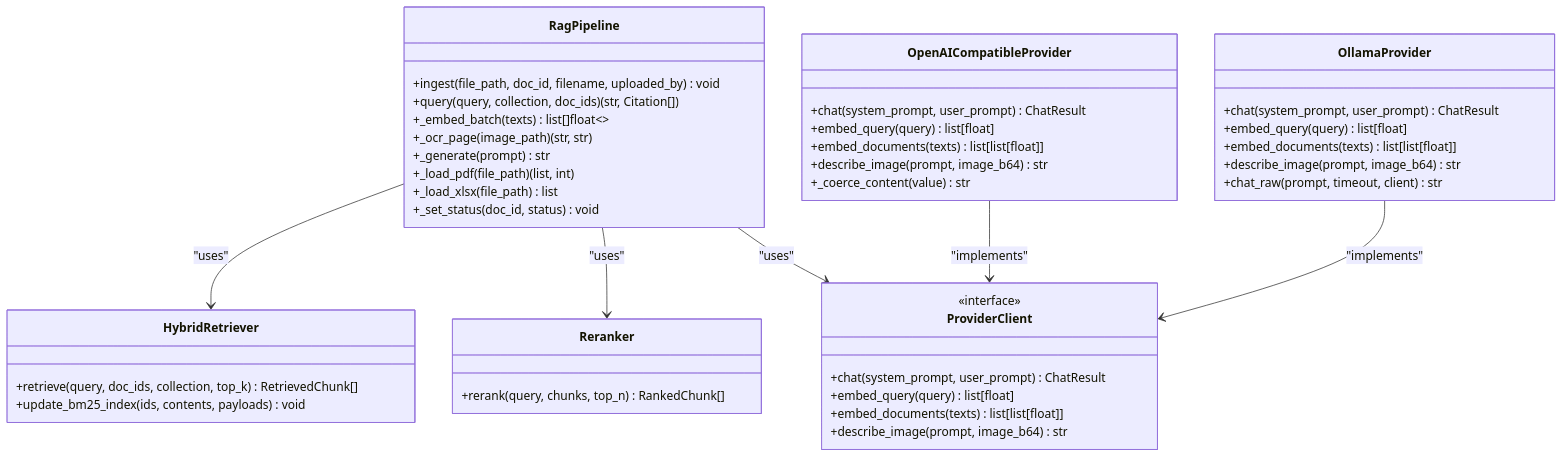
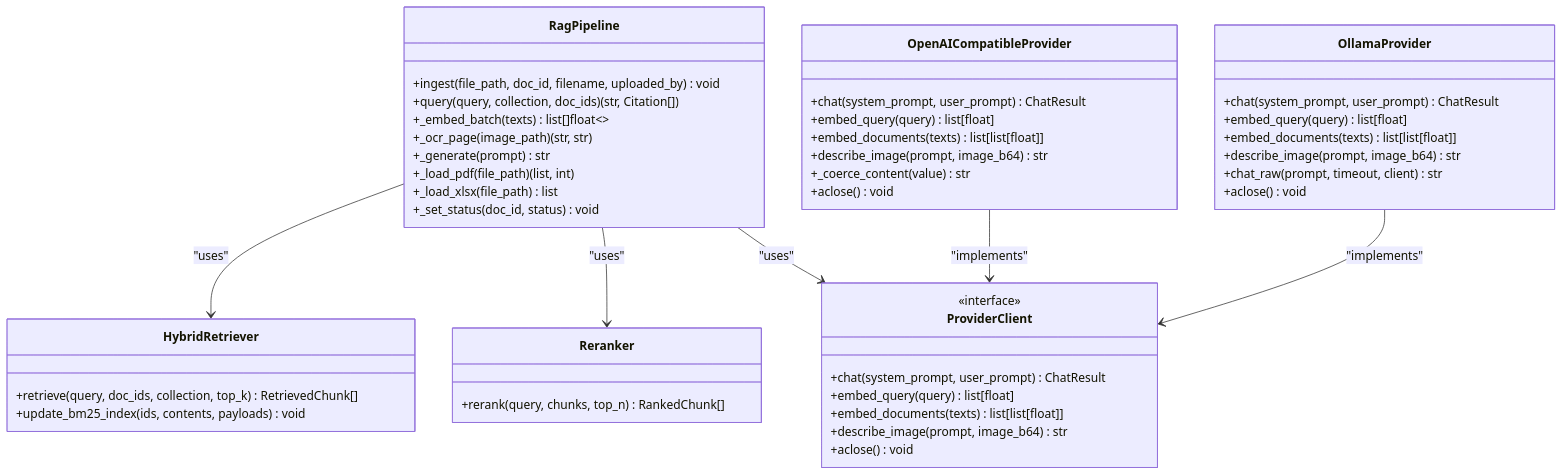
One commit to genes8/private-ai changed the fifth of 14 diagrams in .qoder/repowiki/en/content/Backend Development/Service Layer/Service Layer.md. Above: the diagram before and after it, drawn with Mermaid. The commit also changed other lines of this file and 101 other files, not shown here.

````diff
--- a/.qoder/repowiki/en/content/Backend Development/Service Layer/Service Layer.md
+++ b/.qoder/repowiki/en/content/Backend Development/Service Layer/Service Layer.md
@@ -349,46 +347,49 @@
 ```mermaid
 classDiagram
 class RagPipeline {
 +ingest(file_path, doc_id, filename, uploaded_by) void
 +query(query, collection, doc_ids) (str, Citation[])
 +_embed_batch(texts) list[]float~~
 +_ocr_page(image_path) (str, str)
 +_generate(prompt) str
 +_load_pdf(file_path) (list, int)
 +_load_xlsx(file_path) list
 +_set_status(doc_id, status) void
 }
 class HybridRetriever {
 +retrieve(query, doc_ids, collection, top_k) RetrievedChunk[]
 +update_bm25_index(ids, contents, payloads) void
 }
 class Reranker {
 +rerank(query, chunks, top_n) RankedChunk[]
 }
 class ProviderClient {
 <<interface>>
 +chat(system_prompt, user_prompt) ChatResult
 +embed_query(query) list[float]
 +embed_documents(texts) list[list[float]]
 +describe_image(prompt, image_b64) str
++aclose() void
 }
 class OpenAICompatibleProvider {
 +chat(system_prompt, user_prompt) ChatResult
 +embed_query(query) list[float]
 +embed_documents(texts) list[list[float]]
 +describe_image(prompt, image_b64) str
 +_coerce_content(value) str
++aclose() void
 }
 class OllamaProvider {
 +chat(system_prompt, user_prompt) ChatResult
 +embed_query(query) list[float]
 +embed_documents(texts) list[list[float]]
 +describe_image(prompt, image_b64) str
 +chat_raw(prompt, timeout, client) str
++aclose() void
 }
 RagPipeline --> HybridRetriever : "uses"
 RagPipeline --> Reranker : "uses"
 RagPipeline --> ProviderClient : "uses"
 OpenAICompatibleProvider --> ProviderClient : "implements"
 OllamaProvider --> ProviderClient : "implements"
 ```
````
